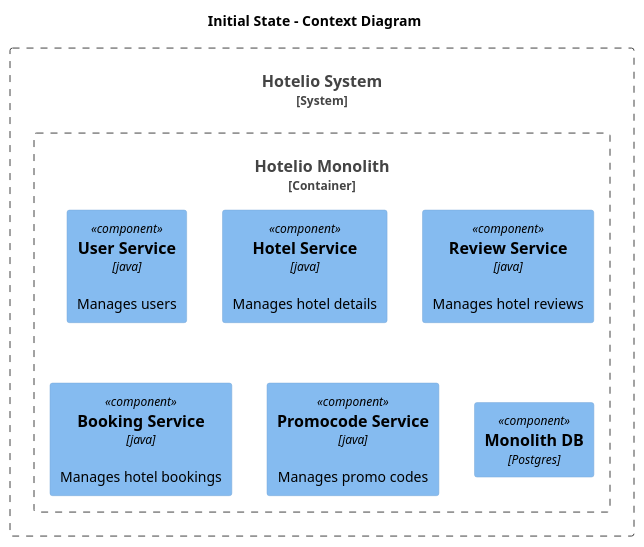
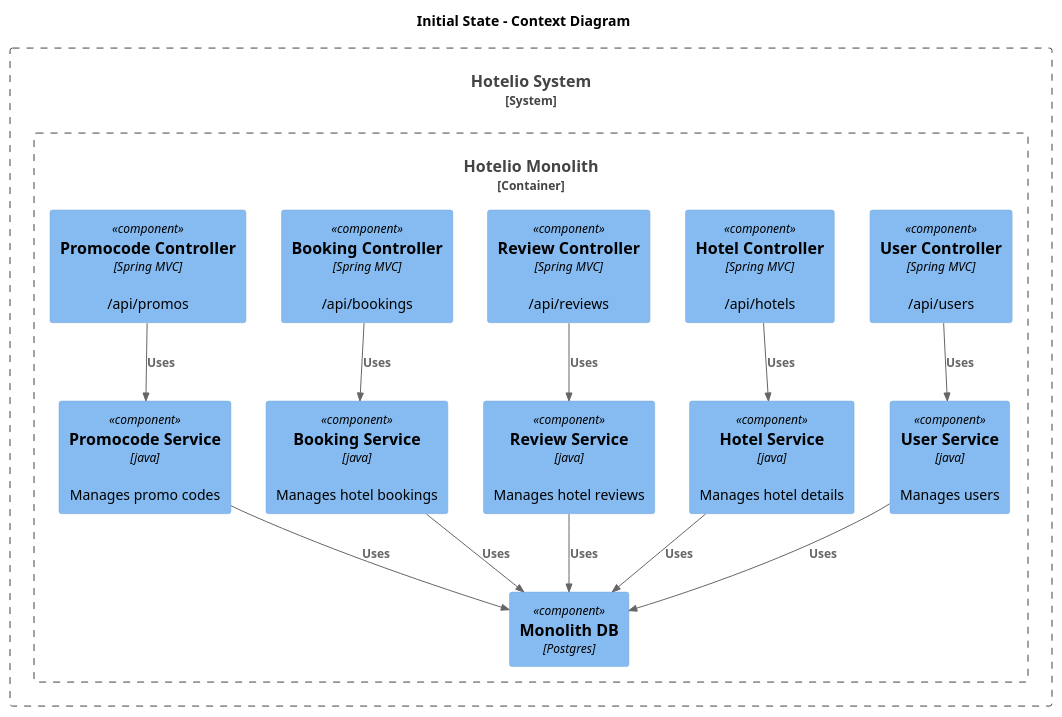
One commit to WowSoLaggy/msa-sprint2 changed the diagram in tasks/task1/results/context_01.puml. Above: the diagram before and after it, drawn with PlantUML. The commit also changed 3 other files, not shown here.

```diff
--- a/tasks/task1/results/context_01.puml
+++ b/tasks/task1/results/context_01.puml
@@ -1,20 +1,39 @@
 @startuml context_01.puml
 title Initial State - Context Diagram
 
 !includeurl https://raw.githubusercontent.com/RicardoNiepel/C4-PlantUML/master/C4_Component.puml
 
 
 ' Systems
 
 System_Boundary(hotelio_boundary, "Hotelio System") {
   Container_Boundary(hotelio_monolith, "Hotelio Monolith") {
+    Component(user_ctl, "User Controller", "Spring MVC", "/api/users")
+    Component(hotel_ctl, "Hotel Controller", "Spring MVC", "/api/hotels")
+    Component(review_ctl, "Review Controller", "Spring MVC", "/api/reviews")
+    Component(booking_ctl, "Booking Controller", "Spring MVC", "/api/bookings")
+    Component(promocode_ctl, "Promocode Controller", "Spring MVC", "/api/promos")
+    
     Component(user_service, "User Service", "java", "Manages users")
     Component(hotel_service, "Hotel Service", "java", "Manages hotel details")
     Component(review_service, "Review Service", "java", "Manages hotel reviews")
     Component(booking_service, "Booking Service", "java", "Manages hotel bookings")
     Component(promocode_service, "Promocode Service", "java", "Manages promo codes")
+
     Component(db, "Monolith DB", "Postgres")
+
+    Rel_D(user_ctl, user_service, "Uses")
+    Rel_D(hotel_ctl, hotel_service, "Uses")
+    Rel_D(review_ctl, review_service, "Uses")
+    Rel_D(booking_ctl, booking_service, "Uses")
+    Rel_D(promocode_ctl, promocode_service, "Uses")
+
+    Rel_D(user_service, db, "Uses")
+    Rel_D(hotel_service, db, "Uses")
+    Rel_D(review_service, db, "Uses")
+    Rel_D(booking_service, db, "Uses")
+    Rel_D(promocode_service, db, "Uses")
   }
 }
 
 @enduml
```
